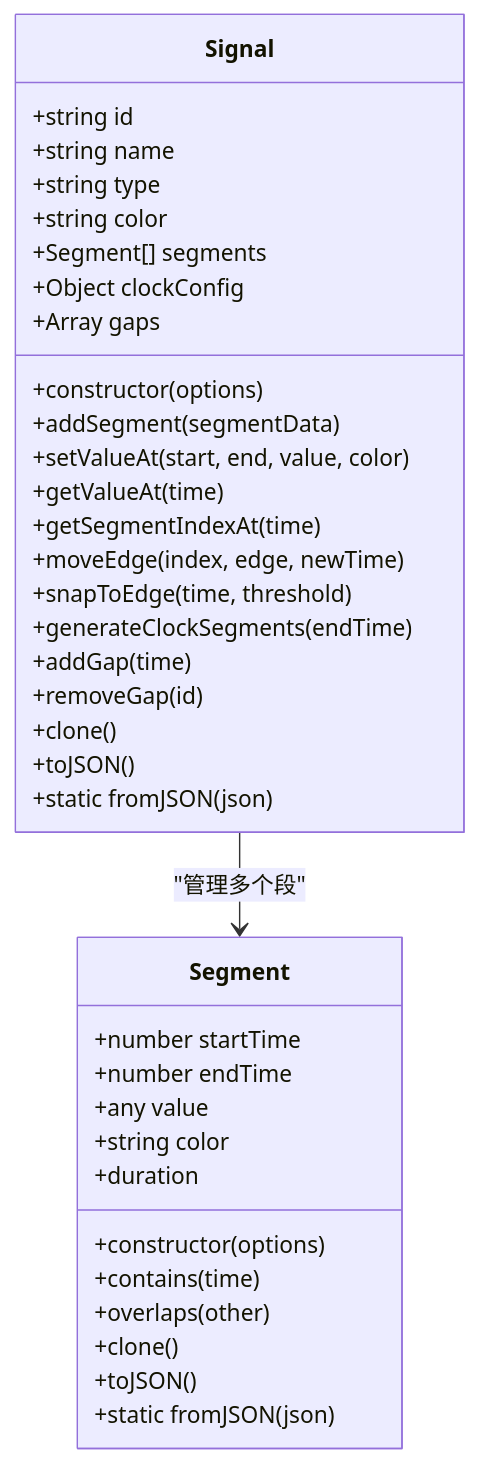
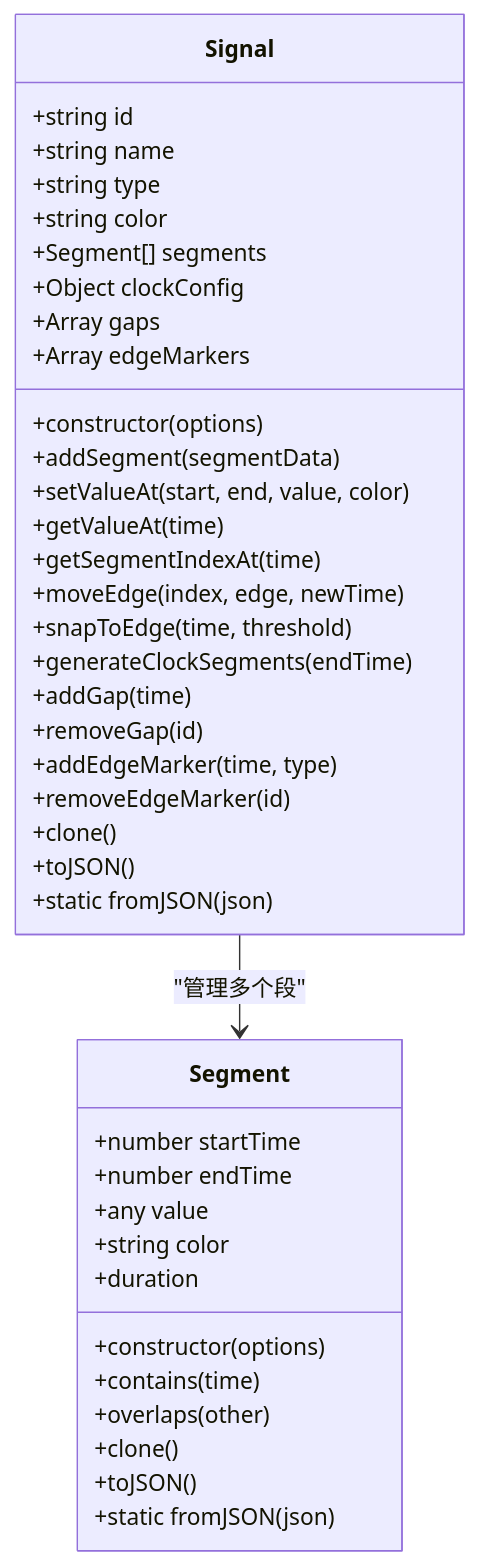
Before and after one commit to nht123456/waveform-editor: the third of 8 diagrams in .qoder/repowiki/zh/content/数据模型系统/信号模型 (Signal).md, drawn with Mermaid. The commit also changed other lines of this file and 12 other files, not shown here.

````diff
--- a/.qoder/repowiki/zh/content/数据模型系统/信号模型 (Signal).md
+++ b/.qoder/repowiki/zh/content/数据模型系统/信号模型 (Signal).md
@@ -172,39 +201,42 @@
 ```mermaid
 classDiagram
 class Signal {
 +string id
 +string name
 +string type
 +string color
 +Segment[] segments
 +Object clockConfig
 +Array gaps
++Array edgeMarkers
 +constructor(options)
 +addSegment(segmentData)
 +setValueAt(start, end, value, color)
 +getValueAt(time)
 +getSegmentIndexAt(time)
 +moveEdge(index, edge, newTime)
 +snapToEdge(time, threshold)
 +generateClockSegments(endTime)
 +addGap(time)
 +removeGap(id)
++addEdgeMarker(time, type)
++removeEdgeMarker(id)
 +clone()
 +toJSON()
 +static fromJSON(json)
 }
 class Segment {
 +number startTime
 +number endTime
 +any value
 +string color
 +constructor(options)
 +duration
 +contains(time)
 +overlaps(other)
 +clone()
 +toJSON()
 +static fromJSON(json)
 }
 Signal --> Segment : "管理多个段"
 ```
````
